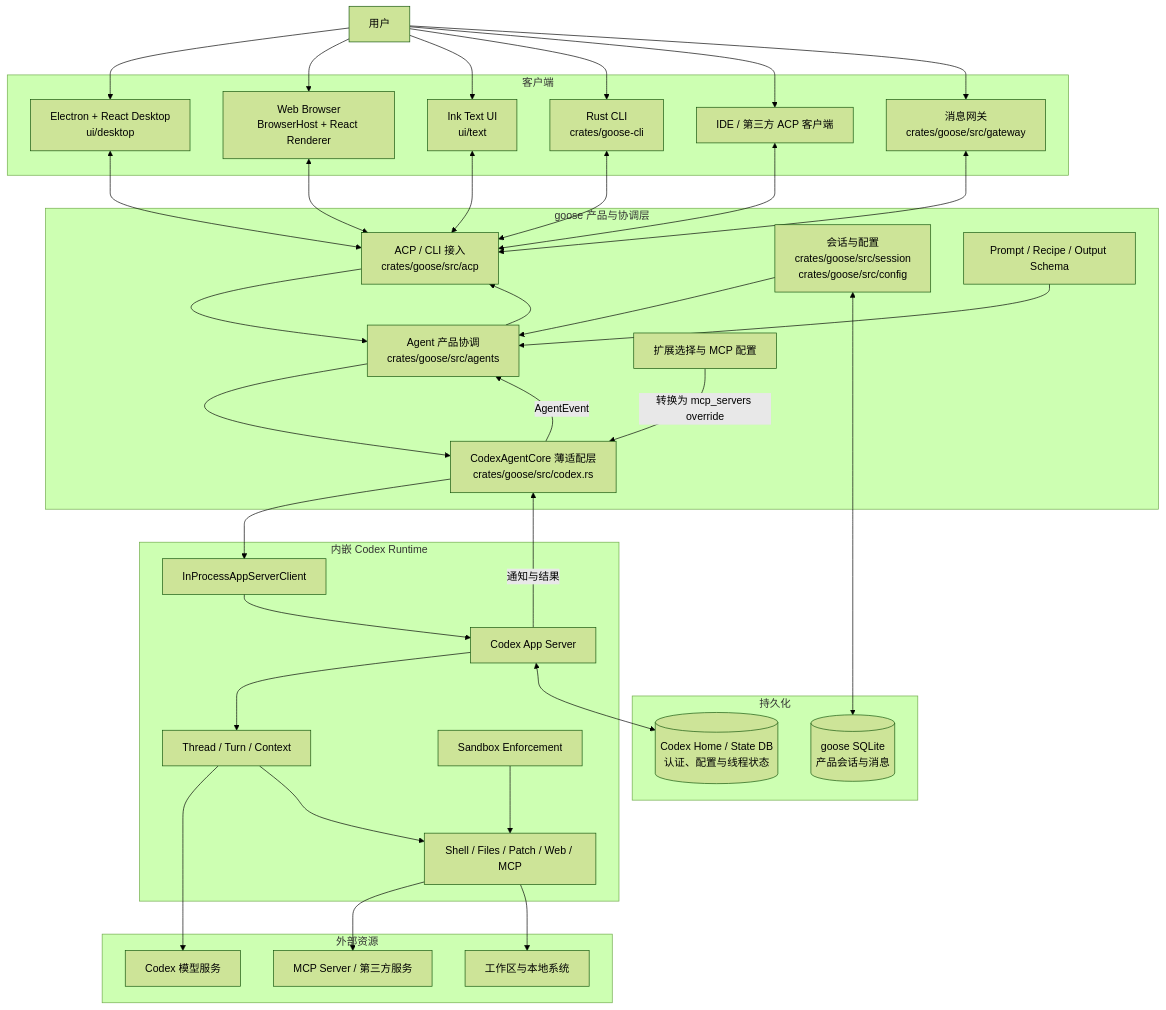
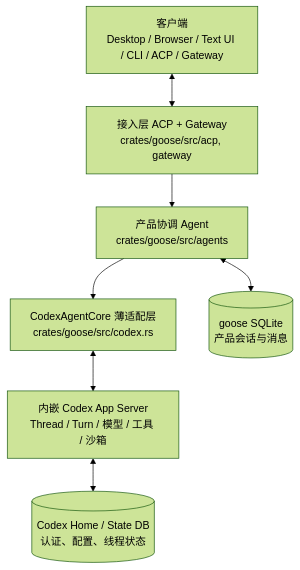
One commit to wdaike/ai-goose changed the first of 4 diagrams in ARCHITECTURE.md. Above: the diagram before and after it, drawn with Mermaid (forest theme). The commit also changed other lines of this file and 151 other files, not shown here.

````diff
--- a/ARCHITECTURE.md
+++ b/ARCHITECTURE.md
@@ -13,69 +9,14 @@
 ```mermaid
 flowchart TB
-    User["用户"]
+    Clients["客户端<br/>Desktop / Browser / Text UI / CLI / ACP / Gateway"]
+    Access["接入层 ACP + Gateway<br/>crates/goose/src/acp, gateway"]
+    Agent["产品协调 Agent<br/>crates/goose/src/agents"]
+    Adapter["CodexAgentCore 薄适配层<br/>crates/goose/src/codex.rs"]
+    Runtime["内嵌 Codex App Server<br/>Thread / Turn / 模型 / 工具 / 沙箱"]
+    GooseDB[("goose SQLite<br/>产品会话与消息")]
+    CodexHome[("Codex Home / State DB<br/>认证、配置、线程状态")]
 
-    subgraph Clients["客户端"]
-        Desktop["Electron + React Desktop<br/>ui/desktop"]
-        Browser["Web Browser<br/>BrowserHost + React Renderer"]
-        TextUI["Ink Text UI<br/>ui/text"]
-        CLI["Rust CLI<br/>crates/goose-cli"]
-        ThirdParty["IDE / 第三方 ACP 客户端"]
-        Gateway["消息网关<br/>crates/goose/src/gateway"]
-    end
-
-    subgraph Goose["goose 产品与协调层"]
-        Access["ACP / CLI 接入<br/>crates/goose/src/acp"]
-        Agent["Agent 产品协调<br/>crates/goose/src/agents"]
-        Session["会话与配置<br/>crates/goose/src/session<br/>crates/goose/src/config"]
-        Prompt["Prompt / Recipe / Output Schema"]
-        Extension["扩展选择与 MCP 配置"]
-        Adapter["CodexAgentCore 薄适配层<br/>crates/goose/src/codex.rs"]
-    end
-
-    subgraph Codex["内嵌 Codex Runtime"]
-        Client["InProcessAppServerClient"]
-        AppServer["Codex App Server"]
-        Thread["Thread / Turn / Context"]
-        RuntimeTools["Shell / Files / Patch / Web / MCP"]
-        Sandbox["Sandbox Enforcement"]
-    end
-
-    subgraph External["外部资源"]
-        Model["Codex 模型服务"]
-        MCP["MCP Server / 第三方服务"]
-        LocalSystem["工作区与本地系统"]
-    end
-
-    subgraph Storage["持久化"]
-        GooseDB[("goose SQLite<br/>产品会话与消息")]
-        CodexHome[("Codex Home / State DB<br/>认证、配置与线程状态")]
-    end
-
-    User --> Desktop
-    User --> Browser
-    User --> TextUI
-    User --> CLI
-    User --> ThirdParty
-    User --> Gateway
-    Desktop <--> Access
-    Browser <--> Access
-    TextUI <--> Access
-    CLI <--> Access
-    ThirdParty <--> Access
-    Gateway <--> Access
-    Access --> Agent --> Adapter --> Client --> AppServer
-    Session --> Agent
-    Prompt --> Agent
-    Extension -->|"转换为 mcp_servers override"| Adapter
-    AppServer --> Thread
-    Thread --> Model
-    Thread --> RuntimeTools
-    Sandbox --> RuntimeTools
-    RuntimeTools --> MCP
-    RuntimeTools --> LocalSystem
-    AppServer -->|"通知与结果"| Adapter
-    Adapter -->|"AgentEvent"| Agent
-    Agent --> Access
-    Session <--> GooseDB
-    AppServer <--> CodexHome
+    Clients <--> Access --> Agent --> Adapter <--> Runtime
+    Agent <--> GooseDB
+    Runtime <--> CodexHome
 ```
````
